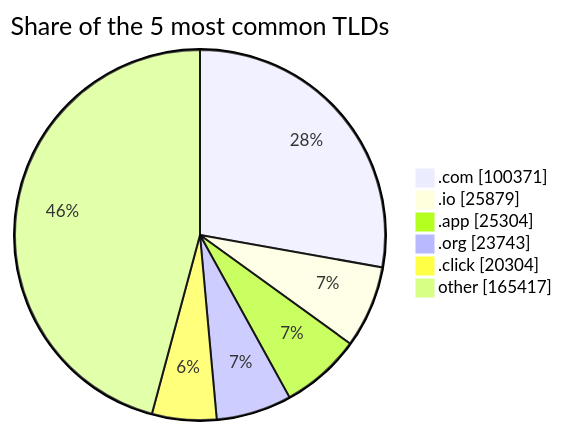
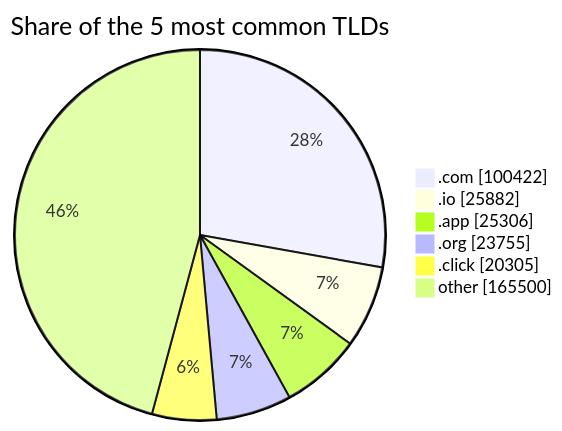
One commit to DNSBunker/CTI changed the third of 3 diagrams in README.md. Above: the diagram before and after it, drawn with Mermaid. The commit also changed other lines of this file and 3 other files, not shown here.

````diff
--- a/README.md
+++ b/README.md
@@ -81,9 +81,9 @@
 ```mermaid
 pie showData title Share of the 5 most common TLDs
-    ".com" : 100371
-    ".io" : 25879
-    ".app" : 25304
-    ".org" : 23743
-    ".click" : 20304
-    "other" : 165417
+    ".com" : 100422
+    ".io" : 25882
+    ".app" : 25306
+    ".org" : 23755
+    ".click" : 20305
+    "other" : 165500
 ```
````
